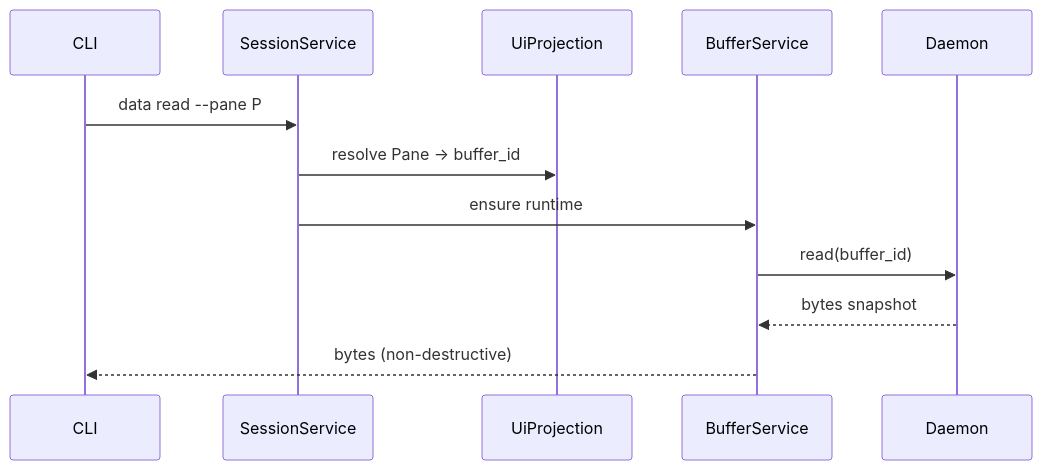
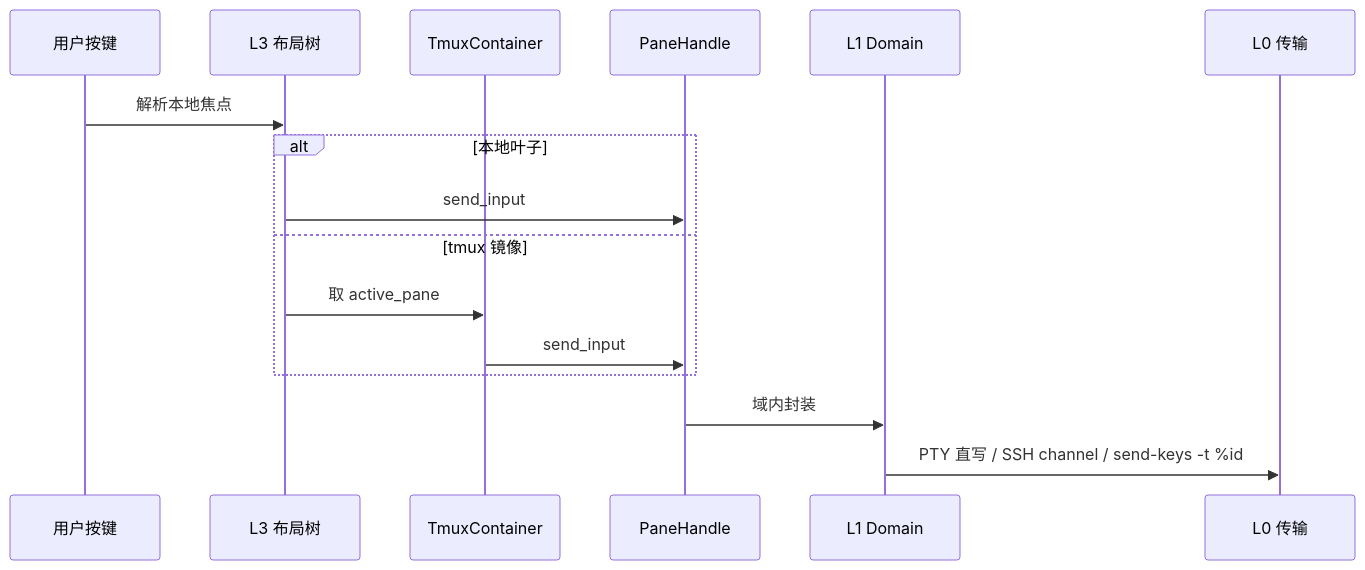
The third of 5 diagrams in doc/arch/view-logic.md (xiaoshan1234/xscore), drawn with Mermaid before and after one commit. The commit also changed other lines of this file and 4 other files, not shown here.

First line of the commit message:
refactor: update architecture documentation for terminal emulator

````diff
--- a/doc/arch/view-logic.md
+++ b/doc/arch/view-logic.md
@@ -148,15 +121,19 @@
 ```mermaid
 sequenceDiagram
-    participant C as CLI
-    participant S as SessionService
-    participant UI as UiProjection
-    participant B as BufferService
-    participant D as Daemon
+    participant U as 用户按键
+    participant L3 as L3 布局树
+    participant TC as TmuxContainer
+    participant PH as PaneHandle
+    participant D as L1 Domain
+    participant IO as L0 传输
 
-    C->>S: data read --pane P
-    S->>UI: resolve Pane -> buffer_id
-    S->>B: ensure runtime
-    B->>D: read(buffer_id)
-    D-->>B: bytes snapshot
-    B-->>C: bytes (non-destructive)
+    U->>L3: 解析本地焦点
+    alt 本地叶子
+        L3->>PH: send_input
+    else tmux 镜像
+        L3->>TC: 取 active_pane
+        TC->>PH: send_input
+    end
+    PH->>D: 域内封装
+    D->>IO: PTY 直写 / SSH channel / send-keys -t %id
 ```
````
